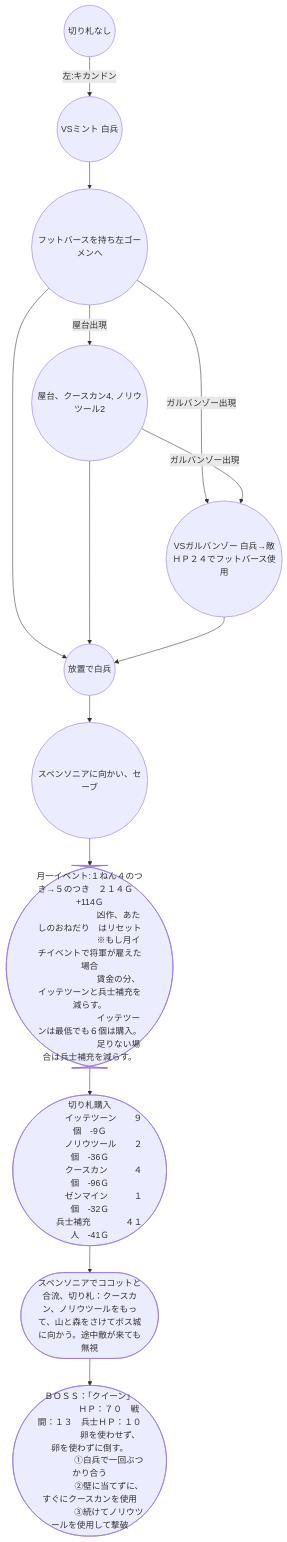
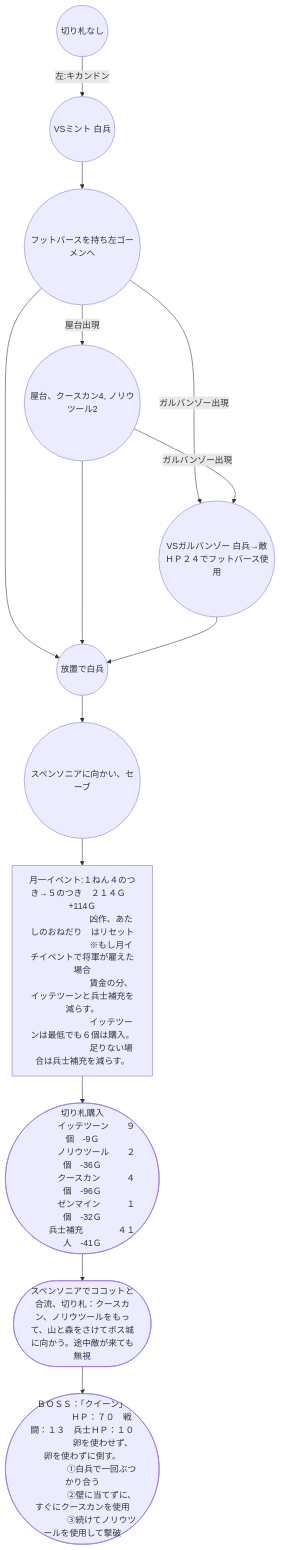
Before and after one commit to azumag/hanjuku-sfc-speedrun: the third of 3 diagrams in README.md, drawn with Mermaid.

````diff
--- a/README.md
+++ b/README.md
@@ -21,33 +21,33 @@
 ```mermaid
 graph TB
 	A((切り札なし))--左:キカンドン-->B((VSミント 白兵))
 	B-->C((フットバースを持ち左ゴーメンへ))
 	C--屋台出現-->D((屋台、クースカン4, ノリウツール2))
 	C-->E((放置で白兵))
 	C--ガルバンゾー出現-->F((VSガルバンゾー 白兵→敵ＨＰ２４でフットバース使用))
 	D--ガルバンゾー出現-->F
 	D-->E
 	F-->E
 	E-->G((スペンソニアに向かい、セーブ))
-	G-->H(["月一イベント:１ねん４のつき→５のつき　２１４Ｇ　+114Ｇ
+	G-->H["月一イベント:１ねん４のつき→５のつき　２１４Ｇ　+114Ｇ
 			凶作、あたしのおねだり　はリセット
 			※もし月イチイベントで将軍が雇えた場合
 			賃金の分、イッテツーンと兵士補充を減らす。
 			イッテツーンは最低でも６個は購入。
 			足りない場合は兵士補充を減らす。"
-			])
+			]
 	H-->J(["切り札購入
 	　イッテツーン　　９個　-9Ｇ
 	　ノリウツール　　２個　-36Ｇ
 	　クースカン　　　４個　-96Ｇ
 	　ゼンマイン　　　１個　-32Ｇ
 	兵士補充　　　　４１人　-41Ｇ"])
 	J-->K(["スペンソニアでココットと合流、切り札：クースカン、ノリウツールをもって、山と森をさけてボス城に向かう。途中敵が来ても無視"])
 	K-->L(["ＢＯＳＳ：「クイーン」
 		ＨＰ：７０　戦闘：１３　兵士ＨＰ：１０
 		 卵を使わせず、卵を使わずに倒す。
 		①白兵で一回ぶつかり合う
 		②壁に当てずに、すぐにクースカンを使用
 		③続けてノリウツールを使用して撃破"
 		])
 ```
````
